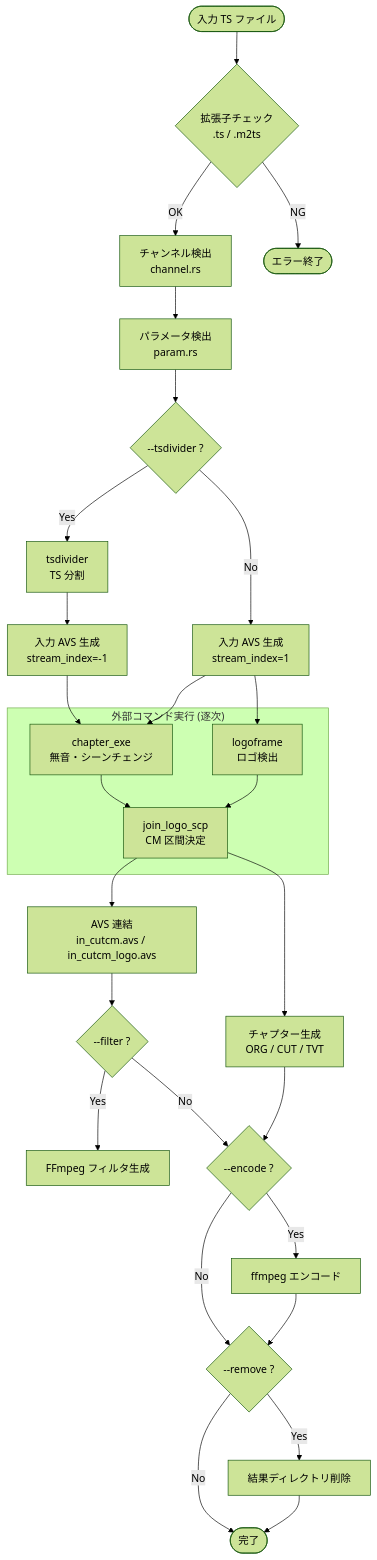
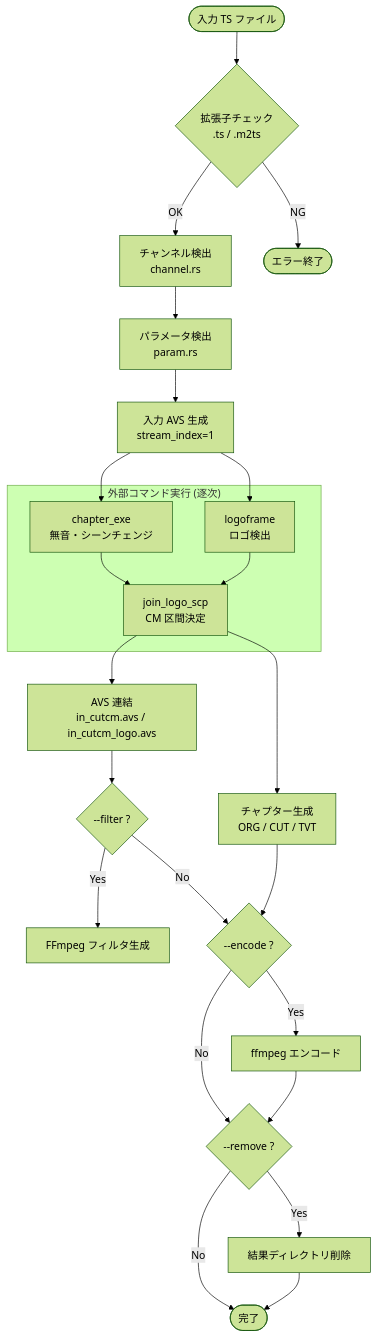
One commit to naa0yama/dtvmgr changed the diagram in docs/specs/components/recmgr-jlse/Architecture.md. Above: the diagram before and after it, drawn with Mermaid (forest theme). The commit also changed other lines of this file and 16 other files, not shown here.

````diff
--- a/docs/specs/components/recmgr-jlse/Architecture.md
+++ b/docs/specs/components/recmgr-jlse/Architecture.md
@@ -39,39 +38,35 @@
 ```mermaid
 flowchart TD
     INPUT([入力 TS ファイル]) --> VALIDATE{拡張子チェック<br/>.ts / .m2ts}
     VALIDATE -->|OK| CHANNEL[チャンネル検出<br/>channel.rs]
     VALIDATE -->|NG| EXIT_ERR([エラー終了])
 
     CHANNEL --> PARAM[パラメータ検出<br/>param.rs]
-    PARAM --> TSD_CHECK{--tsdivider ?}
-    TSD_CHECK -->|Yes| TSDIVIDER[tsdivider<br/>TS 分割]
-    TSD_CHECK -->|No| AVS_CREATE[入力 AVS 生成<br/>stream_index=1]
-    TSDIVIDER --> AVS_TSD[入力 AVS 生成<br/>stream_index=-1]
-    AVS_TSD --> CHAPTER_EXE
+    PARAM --> AVS_CREATE[入力 AVS 生成<br/>stream_index=1]
     AVS_CREATE --> CHAPTER_EXE
 
     CHAPTER_EXE[chapter_exe<br/>無音・シーンチェンジ] --> JLS
     subgraph "外部コマンド実行 (逐次)"
         CHAPTER_EXE
         LOGOFRAME[logoframe<br/>ロゴ検出]
         JLS[join_logo_scp<br/>CM 区間決定]
     end
     AVS_CREATE --> LOGOFRAME
     LOGOFRAME --> JLS
 
     JLS --> OUT_AVS[AVS 連結<br/>in_cutcm.avs / in_cutcm_logo.avs]
     JLS --> OUT_CHAPTER[チャプター生成<br/>ORG / CUT / TVT]
 
     OUT_AVS --> FILTER_CHECK{--filter ?}
     FILTER_CHECK -->|Yes| FFMPEG_FILTER[FFmpeg フィルタ生成]
     FILTER_CHECK -->|No| ENCODE_CHECK
 
     OUT_CHAPTER --> ENCODE_CHECK{--encode ?}
     ENCODE_CHECK -->|Yes| FFMPEG[ffmpeg エンコード]
     ENCODE_CHECK -->|No| REMOVE_CHECK
 
     FFMPEG --> REMOVE_CHECK{--remove ?}
     REMOVE_CHECK -->|Yes| CLEANUP[結果ディレクトリ削除]
     REMOVE_CHECK -->|No| DONE([完了])
     CLEANUP --> DONE
 ```
````
